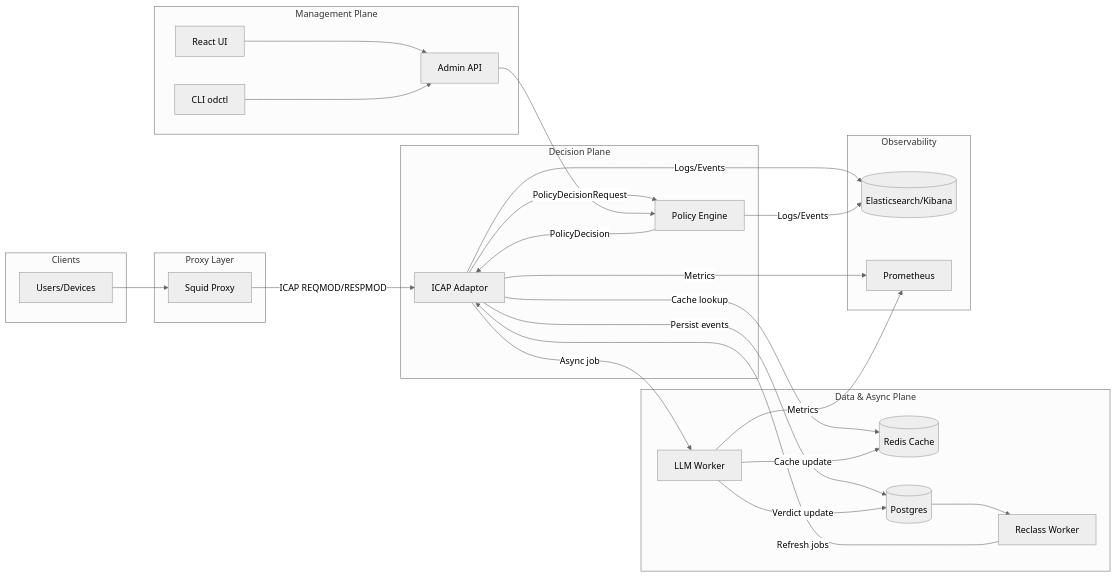
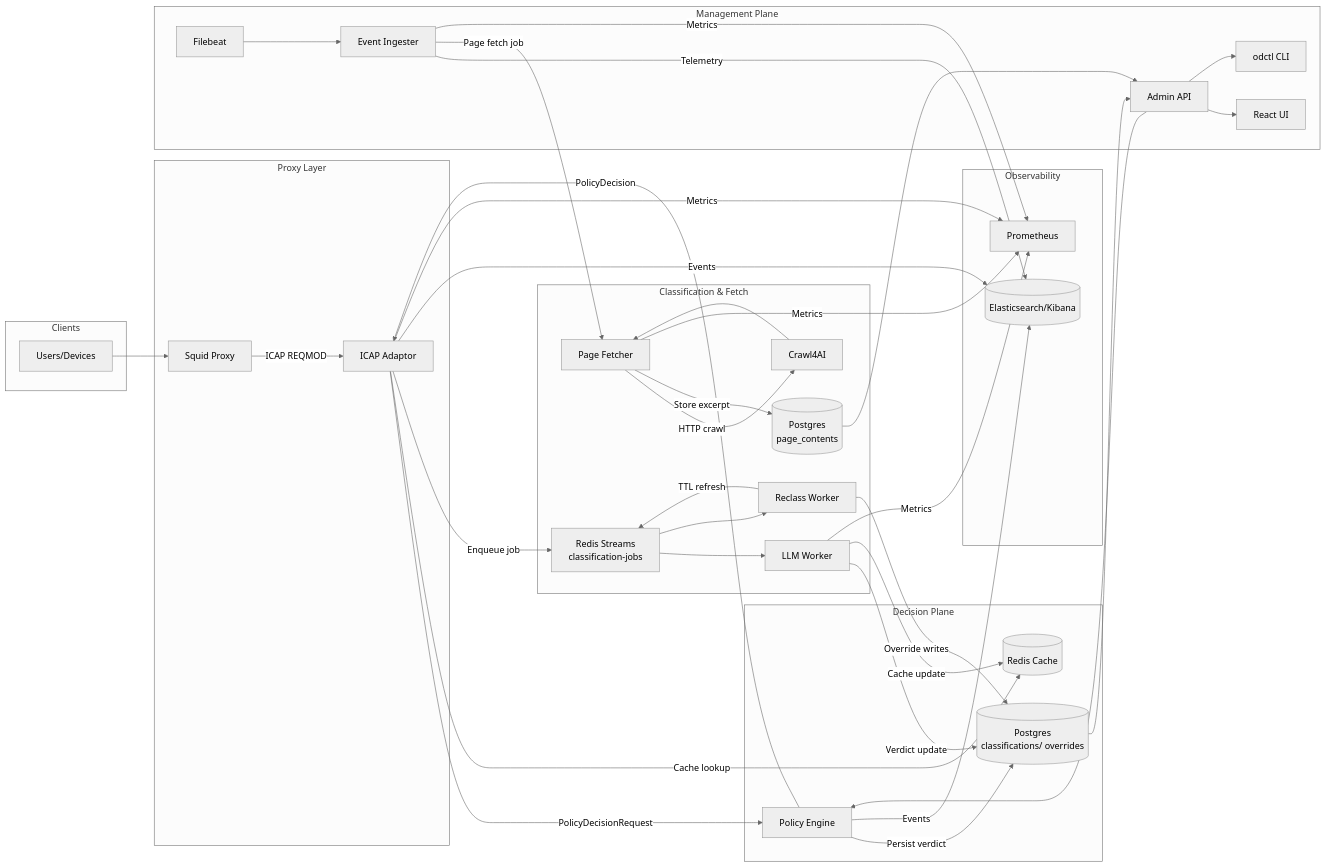
Before and after one commit to trex-fze/open-defender-icap: the diagram in docs/architecture.md, drawn with Mermaid (neutral theme). The commit also changed 1 other file, not shown here.

Commit message:
Refresh architecture diagrams

````diff
--- a/docs/architecture.md
+++ b/docs/architecture.md
@@ -24,46 +24,57 @@
 ```mermaid
 flowchart LR
     subgraph Clients
         A[Users/Devices]
     end
     subgraph Proxy Layer
         B[Squid Proxy]
+        C[ICAP Adaptor]
     end
     subgraph Decision Plane
-        C[ICAP Adaptor]
         D[Policy Engine]
+        E[(Redis Cache)]
+        F[(Postgres<br/>classifications/&nbsp;overrides)]
     end
-    subgraph Data & Async Plane
-        E[(Redis Cache)]
-        F[(Postgres)]
+    subgraph Classification & Fetch
+        STREAM[Redis Streams<br/>classification-jobs]
         G[LLM Worker]
         H[Reclass Worker]
+        PF[Page Fetcher]
+        CRAWL[Crawl4AI]
+        PAGE[(Postgres<br/>page_contents)]
     end
     subgraph Management Plane
         I[Admin API]
         J[React UI]
-        K[CLI odctl]
+        K[odctl CLI]
+        EI[Event Ingester]
+        FB[Filebeat]
     end
     subgraph Observability
         L[(Elasticsearch/Kibana)]
         M[Prometheus]
     end
-    A --> B
-    B -->|ICAP REQMOD/RESPMOD| C
-    C -->|PolicyDecisionRequest| D
+
+    A --> B -->|ICAP REQMOD| C -->|PolicyDecisionRequest| D
     D -->|PolicyDecision| C
     C -->|Cache lookup| E
-    C -->|Persist events| F
-    C -->|Async job| G
+    D -->|Persist verdict| F
+    C -->|Enqueue job| STREAM --> G & H
     G -->|Verdict update| F
     G -->|Cache update| E
-    F --> H
-    H -->|Refresh jobs| C
+    H -->|TTL refresh| STREAM
+    H -->|Override writes| F
+    FB --> EI -->|Telemetry| L
+    C -->|Events| L
+    D -->|Events| L
+    EI -->|Page fetch job| PF -->|HTTP crawl| CRAWL --> PF
+    PF -->|Store excerpt| PAGE --> I
+    F --> I
+    I --> J
+    I --> K
     I --> D
-    J --> I
-    K --> I
-    C -->|Logs/Events| L
-    D -->|Logs/Events| L
+    C -->|Metrics| M
     G -->|Metrics| M
-    C -->|Metrics| M
+    EI -->|Metrics| M
+    PF -->|Metrics| M
 ```
````
